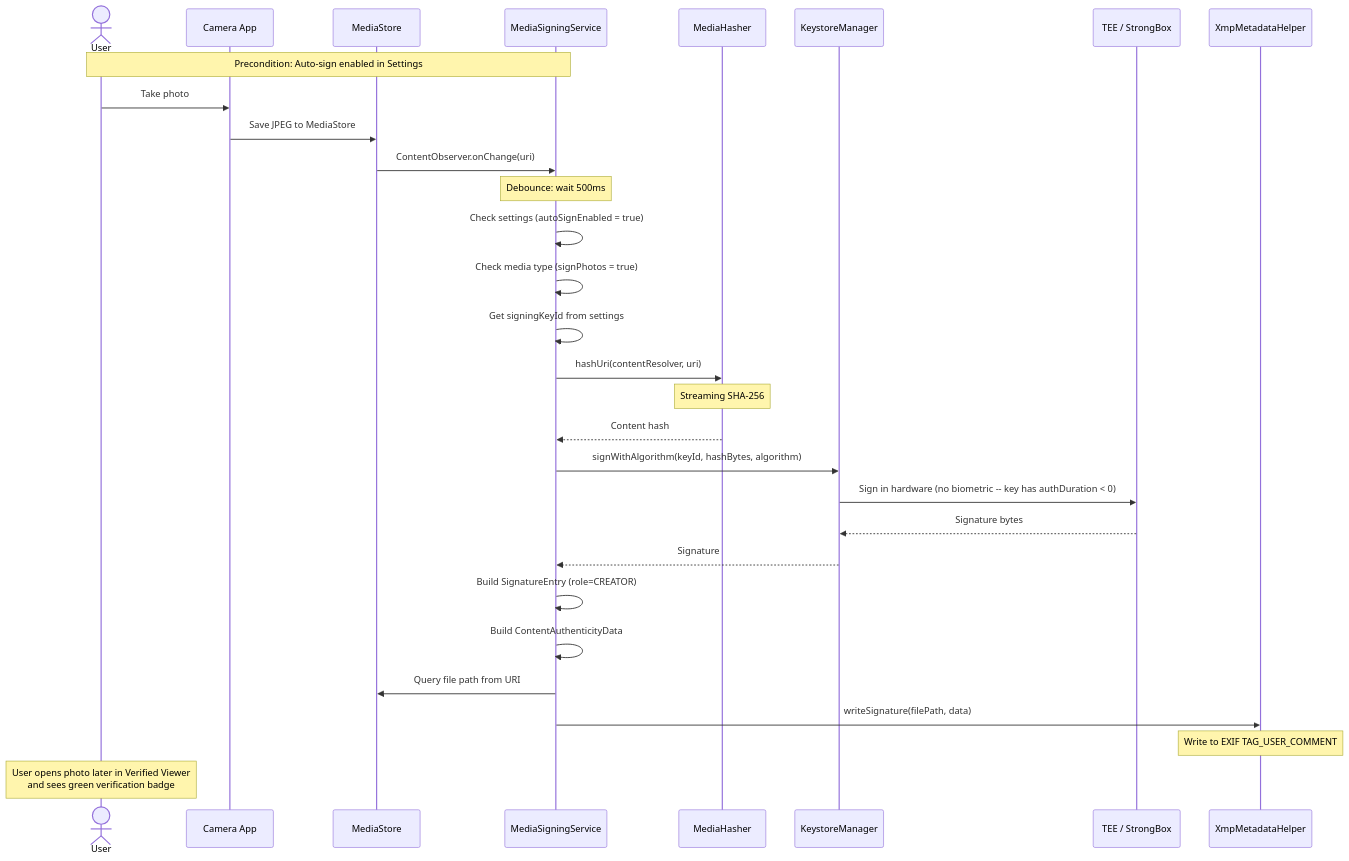
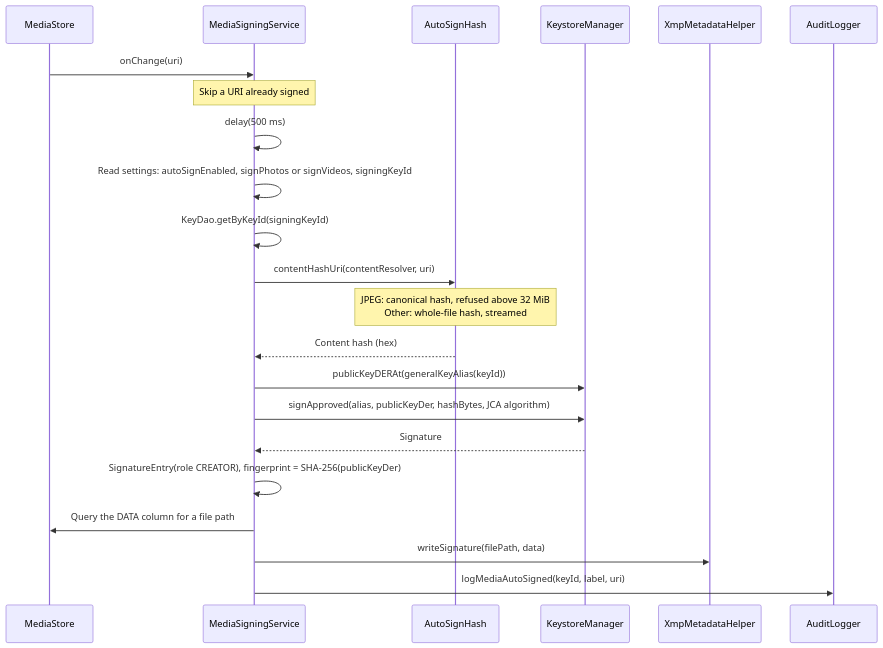
Before and after one commit to jeremyhahn/xkey-android: the diagram in docs/media-signing/architecture.md, drawn with Mermaid. The commit also changed other lines of this file and 39 other files, not shown here.

````diff
--- a/docs/media-signing/architecture.md
+++ b/docs/media-signing/architecture.md
@@ -72,41 +42,25 @@
 ```mermaid
 sequenceDiagram
-    actor User
-    participant Camera as Camera App
     participant MS as MediaStore
     participant Svc as MediaSigningService
-    participant MH as MediaHasher
+    participant AH as AutoSignHash
     participant KM as KeystoreManager
-    participant HW as TEE / StrongBox
     participant XMP as XmpMetadataHelper
+    participant AL as AuditLogger
 
-    Note over User,Svc: Precondition: Auto-sign enabled in Settings
-
-    User->>Camera: Take photo
-    Camera->>MS: Save JPEG to MediaStore
-
-    MS->>Svc: ContentObserver.onChange(uri)
-    Note over Svc: Debounce: wait 500ms
-
-    Svc->>Svc: Check settings (autoSignEnabled = true)
-    Svc->>Svc: Check media type (signPhotos = true)
-    Svc->>Svc: Get signingKeyId from settings
-
-    Svc->>MH: hashUri(contentResolver, uri)
-    Note over MH: Streaming SHA-256
-    MH-->>Svc: Content hash
-
-    Svc->>KM: signWithAlgorithm(keyId, hashBytes, algorithm)
-    KM->>HW: Sign in hardware (no biometric -- key has authDuration < 0)
-    HW-->>KM: Signature bytes
+    MS->>Svc: onChange(uri)
+    Note over Svc: Skip a URI already signed
+    Svc->>Svc: delay(500 ms)
+    Svc->>Svc: Read settings: autoSignEnabled, signPhotos or signVideos, signingKeyId
+    Svc->>Svc: KeyDao.getByKeyId(signingKeyId)
+    Svc->>AH: contentHashUri(contentResolver, uri)
+    Note over AH: JPEG: canonical hash, refused above 32 MiB<br/>Other: whole-file hash, streamed
+    AH-->>Svc: Content hash (hex)
+    Svc->>KM: publicKeyDERAt(generalKeyAlias(keyId))
+    Svc->>KM: signApproved(alias, publicKeyDer, hashBytes, JCA algorithm)
     KM-->>Svc: Signature
-
-    Svc->>Svc: Build SignatureEntry (role=CREATOR)
-    Svc->>Svc: Build ContentAuthenticityData
-
-    Svc->>MS: Query file path from URI
+    Svc->>Svc: SignatureEntry(role CREATOR), fingerprint = SHA-256(publicKeyDer)
+    Svc->>MS: Query the DATA column for a file path
     Svc->>XMP: writeSignature(filePath, data)
-    Note over XMP: Write to EXIF TAG_USER_COMMENT
-
-    Note over User: User opens photo later in Verified Viewer<br/>and sees green verification badge
+    Svc->>AL: logMediaAutoSigned(keyId, label, uri)
 ```
````
